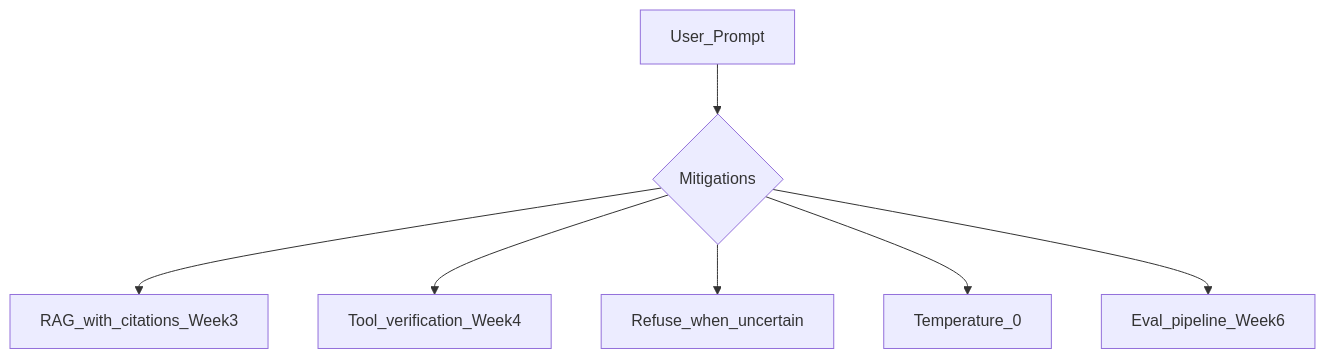
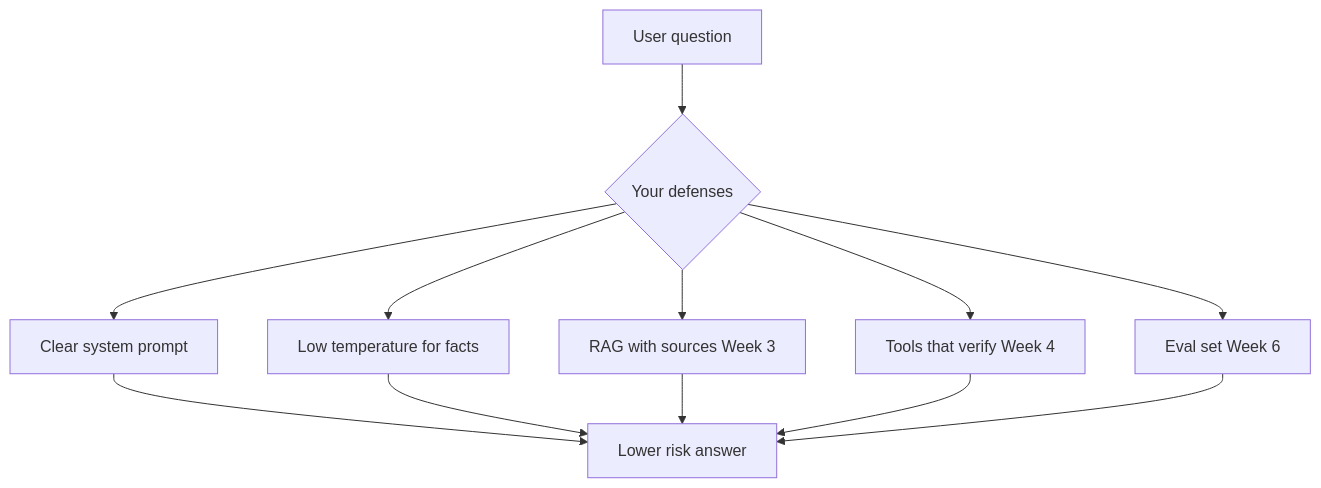
One commit to vinod-donthi/hands-on-llm-engineering changed the second of 2 diagrams in week-01/theory/hallucinations.md. Above: the diagram before and after it, drawn with Mermaid. The commit also changed other lines of this file and 37 other files, not shown here.

````diff
--- a/week-01/theory/hallucinations.md
+++ b/week-01/theory/hallucinations.md
@@ -63,9 +145,14 @@
 ```mermaid
 flowchart TB
-    Prompt[User_Prompt] --> M{Mitigations}
-    M --> RAG[RAG_with_citations_Week3]
-    M --> Tools[Tool_verification_Week4]
-    M --> Refuse[Refuse_when_uncertain]
-    M --> LowTemp[Temperature_0]
-    M --> Eval[Eval_pipeline_Week6]
+    Q[User question] --> M{Your defenses}
+    M --> P[Clear system prompt]
+    M --> T[Low temperature for facts]
+    M --> R[RAG with sources Week 3]
+    M --> V[Tools that verify Week 4]
+    M --> E[Eval set Week 6]
+    P --> Out[Lower risk answer]
+    T --> Out
+    R --> Out
+    V --> Out
+    E --> Out
 ```
````
